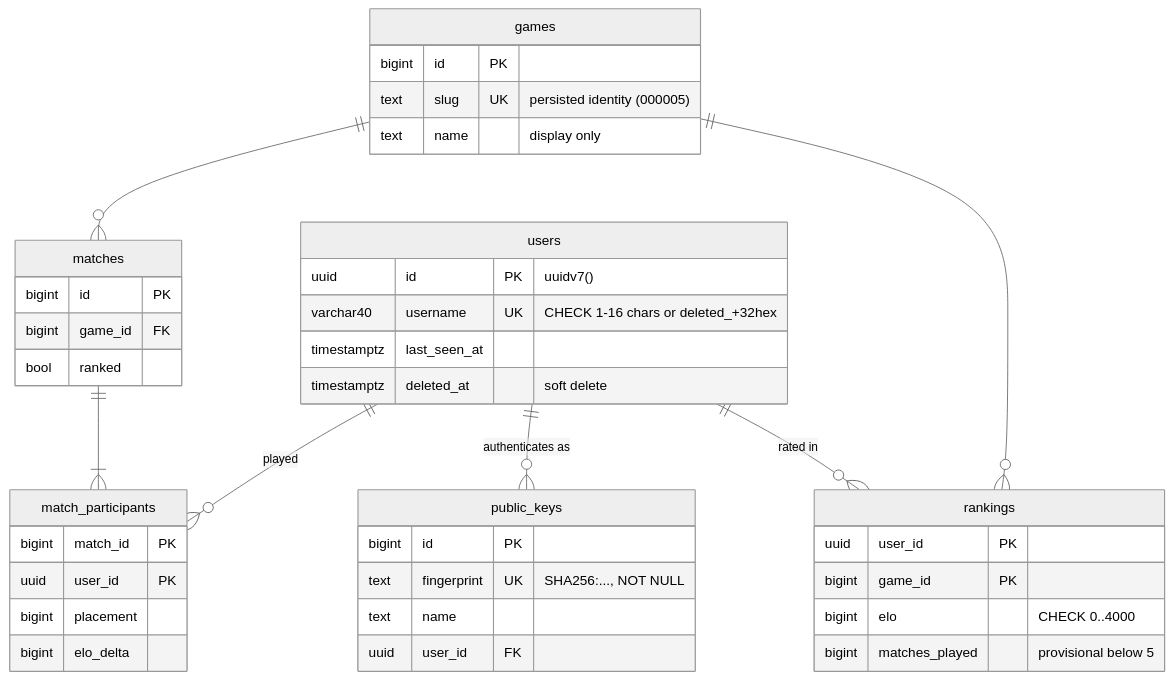
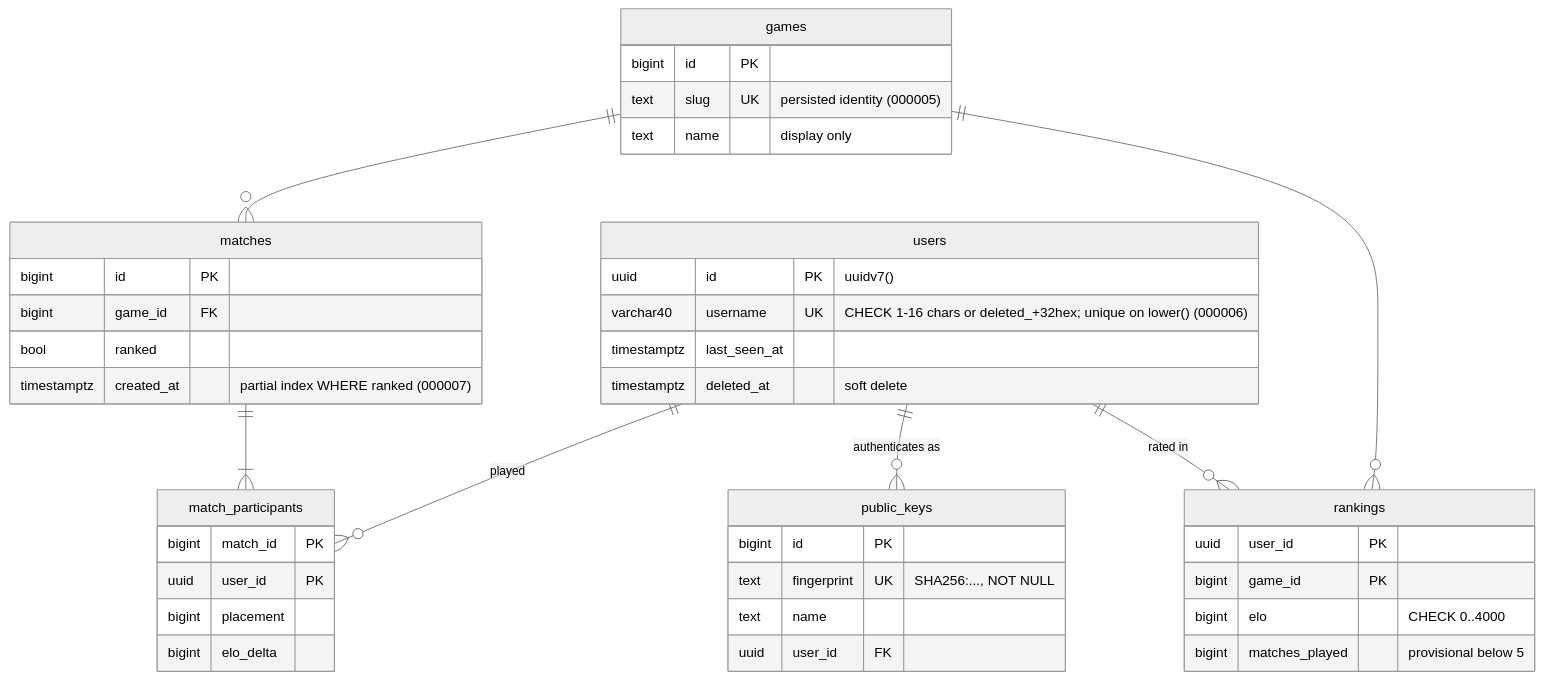
One commit to Pieczasz/terminal-card changed diagram 11 of 11 in docs/codebase-map.md. Above: the diagram before and after it, drawn with Mermaid (neutral theme). The commit also changed other lines of this file, not shown here.

Commit message:
docs(codebase-map): refresh counts, flows, the BoundEngine and Session shapes and the lock order

````diff
--- a/docs/codebase-map.md
+++ b/docs/codebase-map.md
@@ -412,44 +432,45 @@
 ```mermaid
 erDiagram
     users ||--o{ public_keys : "authenticates as"
     users ||--o{ rankings : "rated in"
     games ||--o{ rankings : ""
     games ||--o{ matches : ""
     matches ||--|{ match_participants : ""
     users ||--o{ match_participants : "played"
 
     users {
         uuid id PK "uuidv7()"
-        varchar40 username UK "CHECK 1-16 chars or deleted_+32hex"
+        varchar40 username UK "CHECK 1-16 chars or deleted_+32hex; unique on lower() (000006)"
         timestamptz last_seen_at
         timestamptz deleted_at "soft delete"
     }
     public_keys {
         bigint id PK
         text fingerprint UK "SHA256:..., NOT NULL"
         text name
         uuid user_id FK
     }
     games {
         bigint id PK
         text slug UK "persisted identity (000005)"
         text name "display only"
     }
     rankings {
         uuid user_id PK
         bigint game_id PK
         bigint elo "CHECK 0..4000"
         bigint matches_played "provisional below 5"
     }
     matches {
         bigint id PK
         bigint game_id FK
         bool ranked
+        timestamptz created_at "partial index WHERE ranked (000007)"
     }
     match_participants {
         bigint match_id PK
         uuid user_id PK
         bigint placement
         bigint elo_delta
     }
 ```
````
